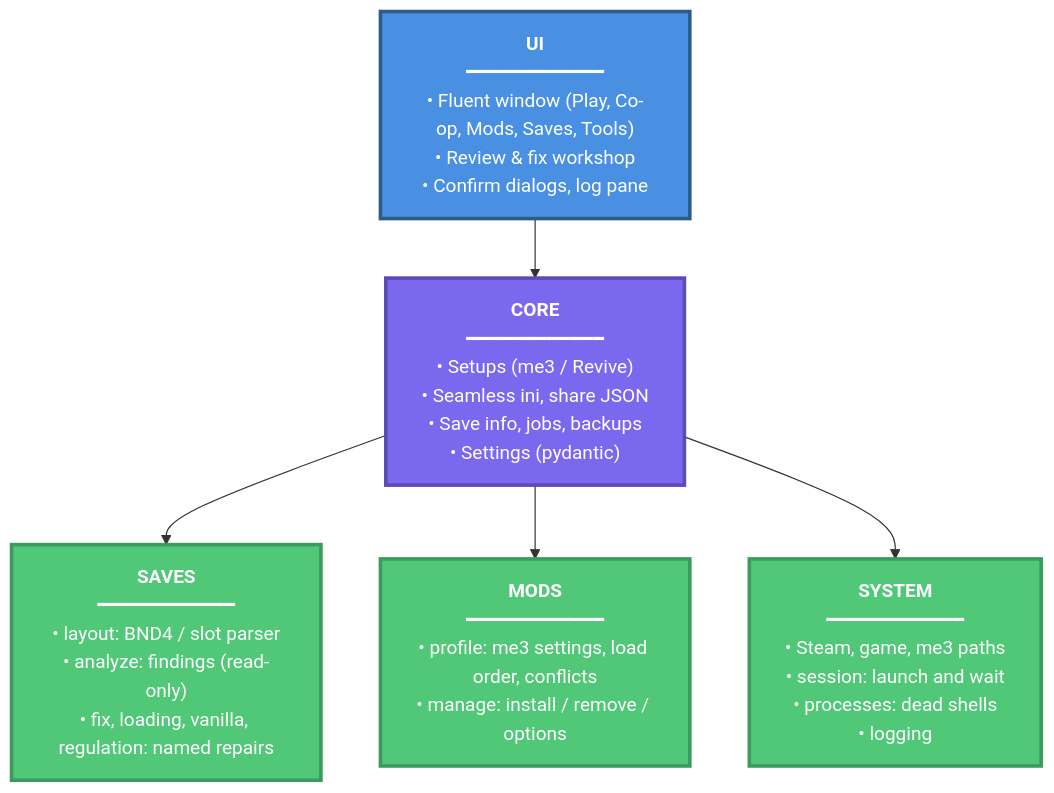
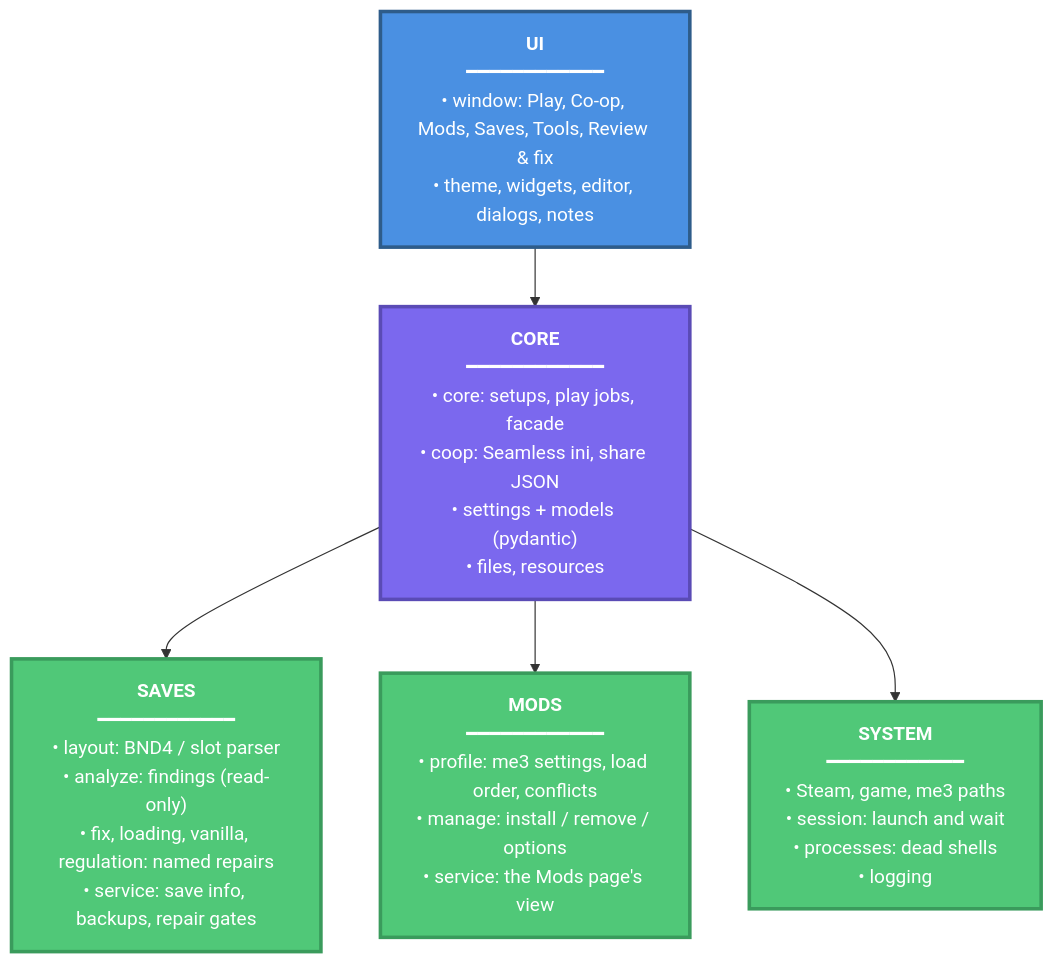
The diagram in README.md (Carlomos7/roundtable-souls), drawn with Mermaid before and after one commit. The commit also changed other lines of this file and 22 other files, not shown here.

First line of the commit message:
Split core and window into modules; add pydantic boundary models and pyright

````diff
--- a/README.md
+++ b/README.md
@@ -9,20 +9,20 @@
 ```mermaid
 graph TD
-    UI["<b>UI</b><br/>━━━━━━━━━━━━<br/>• Fluent window (Play, Co-op, Mods, Saves, Tools)<br/>• Review & fix workshop<br/>• Confirm dialogs, log pane"]
-    CORE["<b>CORE</b><br/>━━━━━━━━━━━━<br/>• Setups (me3 / Revive)<br/>• Seamless ini, share JSON<br/>• Save info, jobs, backups<br/>• Settings (pydantic)"]
-    SAVES["<b>SAVES</b><br/>━━━━━━━━━━━━<br/>• layout: BND4 / slot parser<br/>• analyze: findings (read-only)<br/>• fix, loading, vanilla, regulation: named repairs"]
-    MODS["<b>MODS</b><br/>━━━━━━━━━━━━<br/>• profile: me3 settings, load order, conflicts<br/>• manage: install / remove / options"]
+    UI["<b>UI</b><br/>━━━━━━━━━━━━<br/>• window: Play, Co-op, Mods, Saves, Tools, Review & fix<br/>• theme, widgets, editor, dialogs, notes"]
+    CORE["<b>CORE</b><br/>━━━━━━━━━━━━<br/>• core: setups, play jobs, facade<br/>• coop: Seamless ini, share JSON<br/>• settings + models (pydantic)<br/>• files, resources"]
+    SAVES["<b>SAVES</b><br/>━━━━━━━━━━━━<br/>• layout: BND4 / slot parser<br/>• analyze: findings (read-only)<br/>• fix, loading, vanilla, regulation: named repairs<br/>• service: save info, backups, repair gates"]
+    MODS["<b>MODS</b><br/>━━━━━━━━━━━━<br/>• profile: me3 settings, load order, conflicts<br/>• manage: install / remove / options<br/>• service: the Mods page's view"]
     SYSTEM["<b>SYSTEM</b><br/>━━━━━━━━━━━━<br/>• Steam, game, me3 paths<br/>• session: launch and wait<br/>• processes: dead shells<br/>• logging"]
 
     UI --> CORE
     CORE --> SAVES
     CORE --> MODS
     CORE --> SYSTEM
 
     classDef ui fill:#4A90E2,stroke:#2E5C8A,stroke-width:3px,color:#fff
     classDef core fill:#7B68EE,stroke:#5A4BB5,stroke-width:3px,color:#fff
     classDef layer fill:#50C878,stroke:#3A9B5C,stroke-width:3px,color:#fff
     class UI ui
     class CORE core
     class SAVES,MODS,SYSTEM layer
 ```
````
